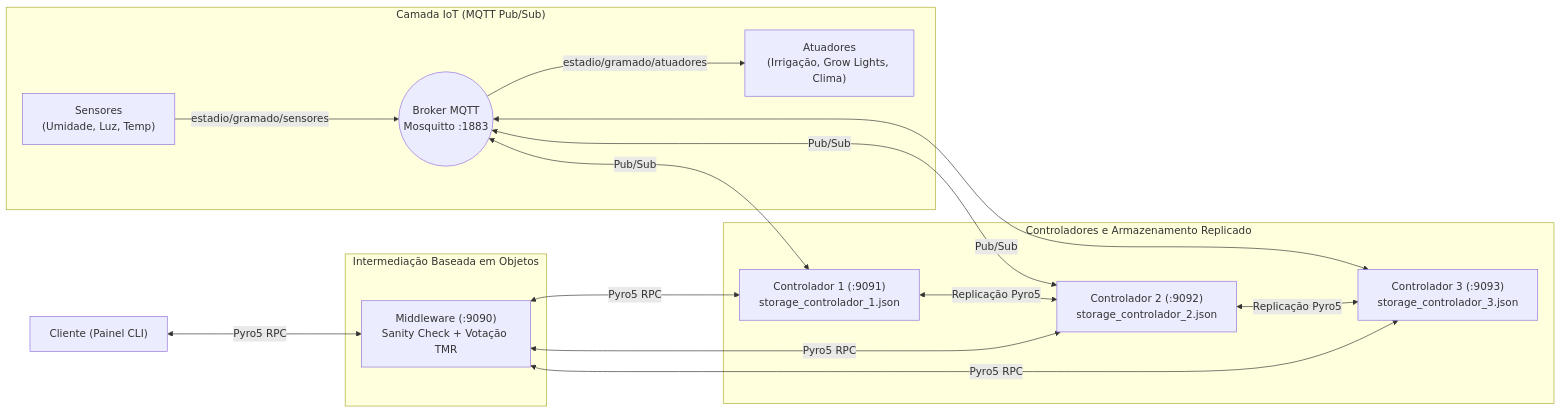
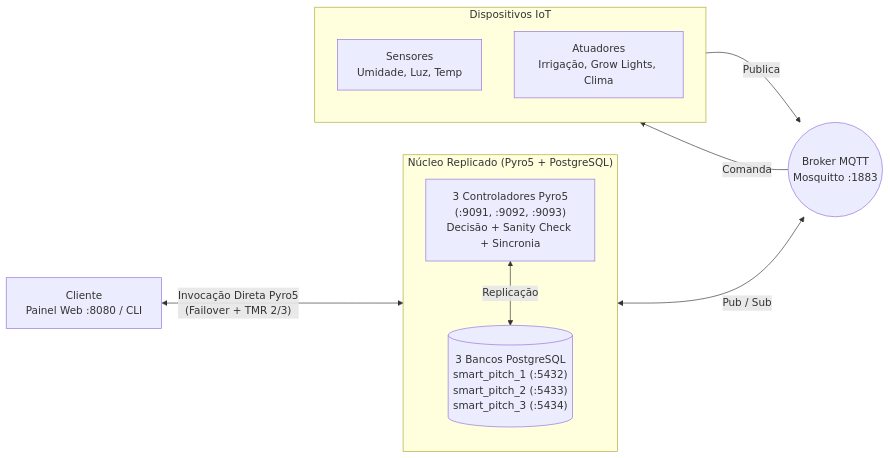
One commit to BPCruzz/Gestao-Automatizada-De-Estadios changed the diagram in docs/relatorio_tecnico.md. Above: the diagram before and after it, drawn with Mermaid. The commit also changed other lines of this file and 5 other files, not shown here.

First line of the commit message:
Atualiza relatório técnico, guias e cria diagrama simplificado

````diff
--- a/docs/relatorio_tecnico.md
+++ b/docs/relatorio_tecnico.md
@@ -41,24 +39,24 @@
 ```mermaid
 flowchart LR
-    subgraph IoT["Camada IoT (MQTT Pub/Sub)"]
-        S["Sensores\n(Umidade, Luz, Temp)"] -->|estadio/gramado/sensores| MQTT(("Broker MQTT\nMosquitto :1883"))
-        MQTT -->|estadio/gramado/atuadores| A["Atuadores\n(Irrigação, Grow Lights, Clima)"]
+    CLI["Cliente<br/>Painel Web :8080 / CLI"]
+
+    subgraph CORE["Núcleo Replicado (Pyro5 + PostgreSQL)"]
+        direction TB
+        CTRL["3 Controladores Pyro5<br/>(:9091, :9092, :9093)<br/>Decisão + Sanity Check + Sincronia"]
+        DB[("3 Bancos PostgreSQL<br/>smart_pitch_1 (:5432)<br/>smart_pitch_2 (:5433)<br/>smart_pitch_3 (:5434)")]
+        CTRL <-->|"Replicação"| DB
     end
 
-    subgraph Cluster["Controladores e Armazenamento Replicado"]
-        MQTT <-->|Pub/Sub| C1["Controlador 1 (:9091)\nstorage_controlador_1.json"]
-        MQTT <-->|Pub/Sub| C2["Controlador 2 (:9092)\nstorage_controlador_2.json"]
-        MQTT <-->|Pub/Sub| C3["Controlador 3 (:9093)\nstorage_controlador_3.json"]
-        C1 <-->|Replicação Pyro5| C2
-        C2 <-->|Replicação Pyro5| C3
+    MQTT(("Broker MQTT<br/>Mosquitto :1883"))
+
+    subgraph IOT["Dispositivos IoT"]
+        direction TB
+        SEN["Sensores<br/>Umidade, Luz, Temp"]
+        ATU["Atuadores<br/>Irrigação, Grow Lights, Clima"]
     end
 
-    subgraph CamadaMiddleware["Intermediação Baseada em Objetos"]
-        MW["Middleware (:9090)\nSanity Check + Votação TMR"]
-        MW <-->|Pyro5 RPC| C1
-        MW <-->|Pyro5 RPC| C2
-        MW <-->|Pyro5 RPC| C3
-    end
-
-    CLI["Cliente (Painel CLI)"] <-->|Pyro5 RPC| MW
+    CLI <-->|"Invocação Direta Pyro5<br/>(Failover + TMR 2/3)"| CTRL
+    CTRL <-->|"Pub / Sub"| MQTT
+    SEN -->|"Publica"| MQTT
+    MQTT -->|"Comanda"| ATU
 ```
````
